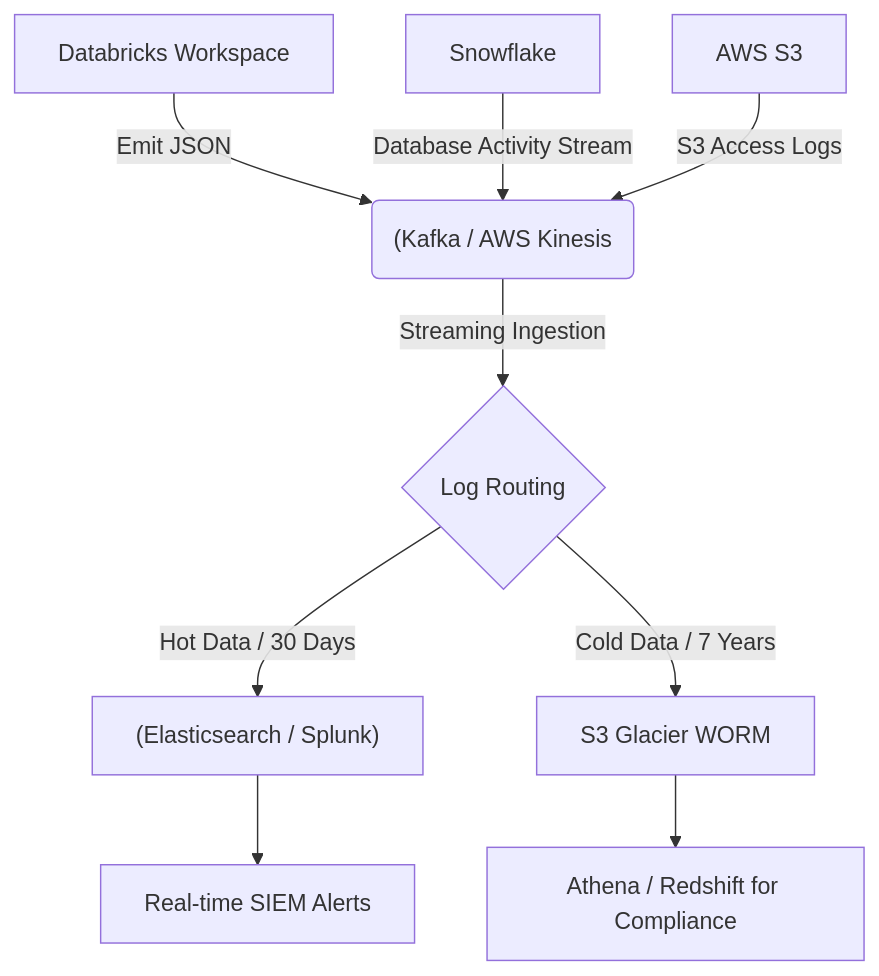
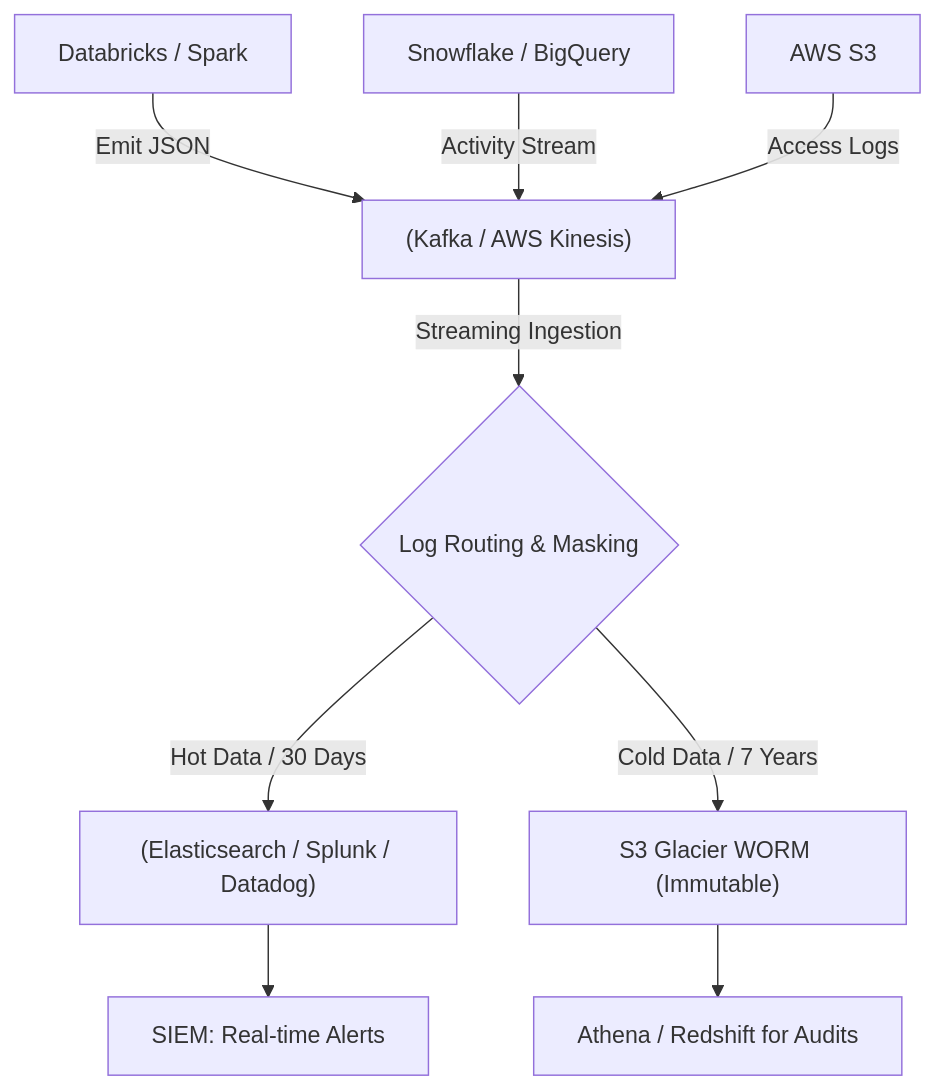
Before and after one commit to kythuatdulieu/kythuatdulieu.github.io: the first of 2 diagrams in src/content/docs/concepts/8-security-governance-finops/audit-logging.md, drawn with Mermaid. The commit also changed other lines of this file and 213 other files, not shown here.

Commit message:
Fix syntax and rewrite 200+ concepts docs to deep-dive system architecture and add GA4 tracking to quiz app

````diff
--- a/src/content/docs/concepts/8-security-governance-finops/audit-logging.md
+++ b/src/content/docs/concepts/8-security-governance-finops/audit-logging.md
@@ -24,13 +27,13 @@
 ```mermaid
 graph TD
-    A1["Databricks Workspace"] -->|Emit JSON| B("(Kafka / AWS Kinesis")
-    A2["Snowflake"] -->|Database Activity Stream| B
-    A3["AWS S3"] -->|S3 Access Logs| B
-    B -->|Streaming Ingestion| C{"Log Routing"}
+    A1["Databricks / Spark"] -->|Emit JSON| B["(Kafka / AWS Kinesis)"]
+    A2["Snowflake / BigQuery"] -->|Activity Stream| B
+    A3["AWS S3"] -->|Access Logs| B
+    B -->|Streaming Ingestion| C{"Log Routing & Masking"}
     
-    C -->|Hot Data / 30 Days| D["(Elasticsearch / Splunk)"]
-    D --> E["Real-time SIEM Alerts"]
+    C -->|Hot Data / 30 Days| D["(Elasticsearch / Splunk / Datadog)"]
+    D --> E["SIEM: Real-time Alerts"]
     
-    C -->|Cold Data / 7 Years| F["S3 Glacier WORM"]
-    F --> G["Athena / Redshift for Compliance"]
+    C -->|Cold Data / 7 Years| F["S3 Glacier WORM (Immutable)"]
+    F --> G["Athena / Redshift for Audits"]
 ```
````
